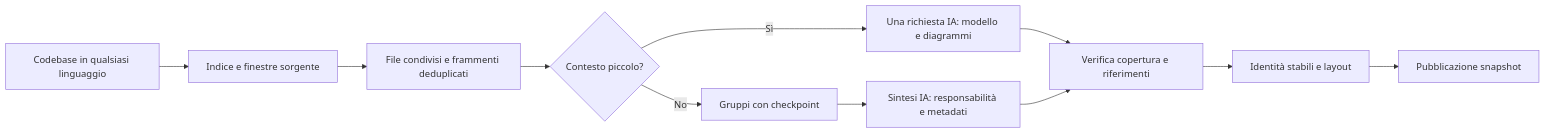
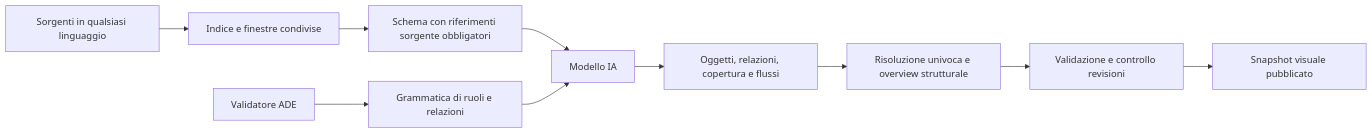
The diagram in ade/docs/semantic-generation-protocol.md (FrappaF/ADE), drawn with Mermaid before and after one commit. The commit also changed other lines of this file and 11 other files, not shown here.

Commit message:
Validate diagram generation with real models and simplify semantic contracts

````diff
--- a/ade/docs/semantic-generation-protocol.md
+++ b/ade/docs/semantic-generation-protocol.md
@@ -5,13 +5,12 @@
 ```mermaid
 flowchart LR
-    A[Codebase in qualsiasi linguaggio] --> B[Indice e finestre sorgente]
-    B --> C[File condivisi e frammenti deduplicati]
-    C --> D{Contesto piccolo?}
-    D -->|Sì| E[Una richiesta IA: modello e diagrammi]
-    D -->|No| F[Gruppi con checkpoint]
-    F --> G[Sintesi IA: responsabilità e metadati]
-    E --> H[Verifica copertura e riferimenti]
-    G --> H
-    H --> I[Identità stabili e layout]
-    I --> J[Pubblicazione snapshot]
+    A[Sorgenti in qualsiasi linguaggio] --> B[Indice e finestre condivise]
+    B --> C[Schema con riferimenti sorgente obbligatori]
+    D[Validatore ADE] --> E[Grammatica di ruoli e relazioni]
+    C --> F[Modello IA]
+    E --> F
+    F --> G[Oggetti, relazioni, copertura e flussi]
+    G --> H[Risoluzione univoca e overview strutturale]
+    H --> I[Validazione e controllo revisioni]
+    I --> J[Snapshot visuale pubblicato]
 ```
````
